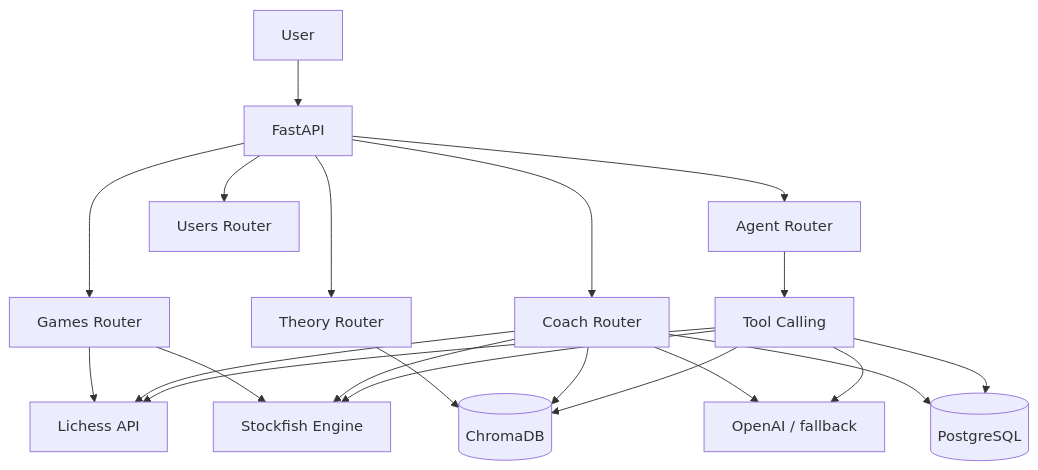
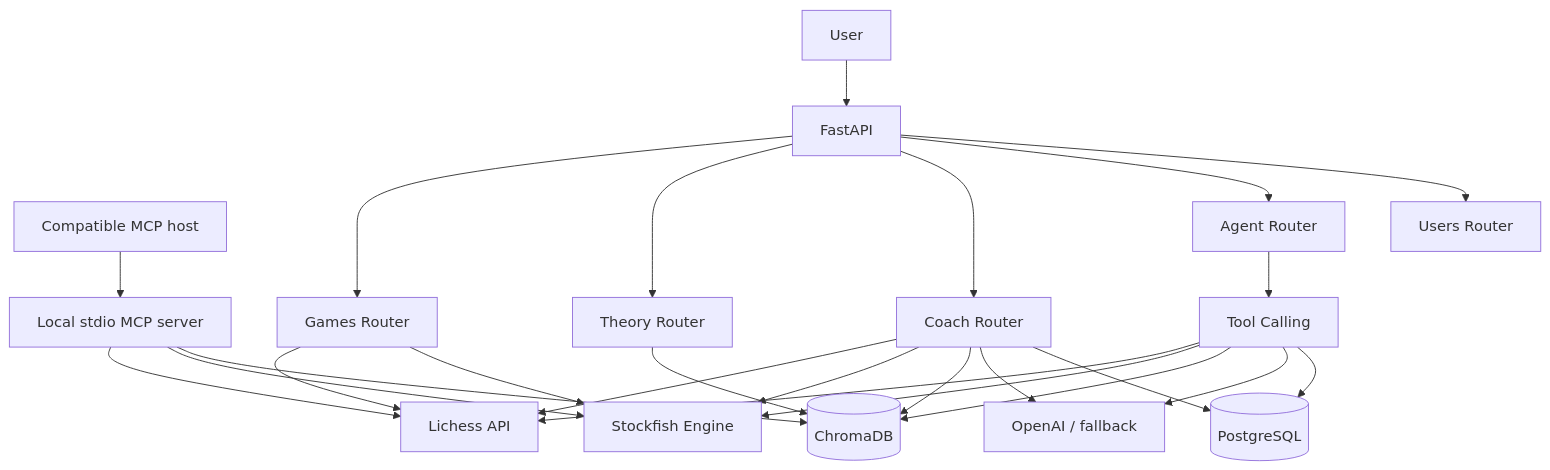
The diagram in README.md (pablosaez21/cerno), drawn with Mermaid before and after one commit. The commit also changed other lines of this file and 11 other files, not shown here.

````diff
--- a/README.md
+++ b/README.md
@@ -42,28 +45,33 @@
 ```mermaid
 flowchart TD
     U[User] --> API[FastAPI]
+    H[Compatible MCP host] --> MCP[Local stdio MCP server]
 
     API --> Games[Games Router]
     API --> Theory[Theory Router]
     API --> Coach[Coach Router]
     API --> Agent[Agent Router]
     API --> Users[Users Router]
 
     Games --> Lichess[Lichess API]
     Games --> Stockfish[Stockfish Engine]
 
     Theory --> Chroma[(ChromaDB)]
 
     Coach --> Lichess
     Coach --> Stockfish
     Coach --> Chroma
     Coach --> LLM[OpenAI / fallback]
     Coach --> PG[(PostgreSQL)]
 
+    MCP --> Lichess
+    MCP --> Stockfish
+    MCP --> Chroma
+
     Agent --> Tools[Tool Calling]
     Tools --> Lichess
     Tools --> Stockfish
     Tools --> Chroma
     Tools --> LLM
     Tools --> PG
 ```
````
